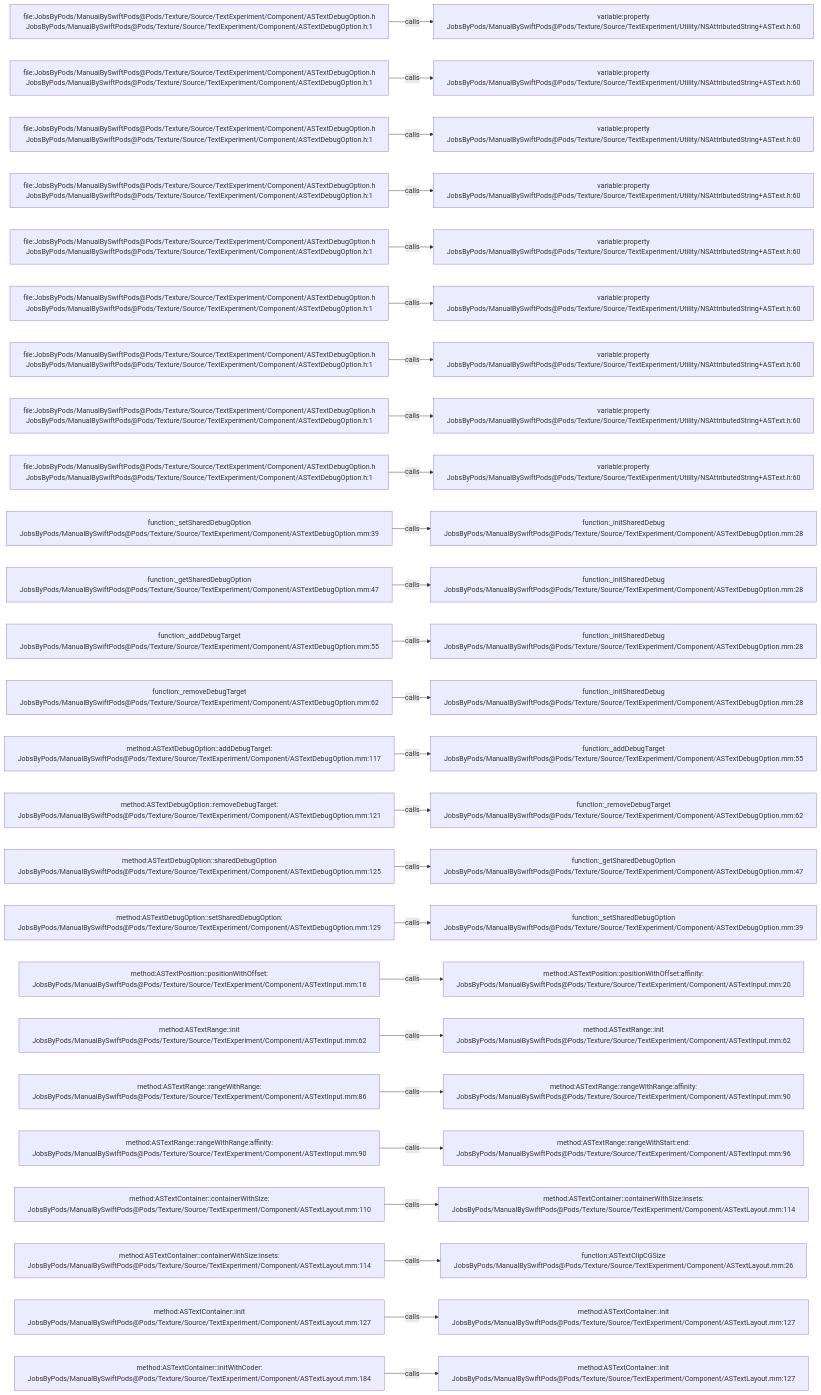
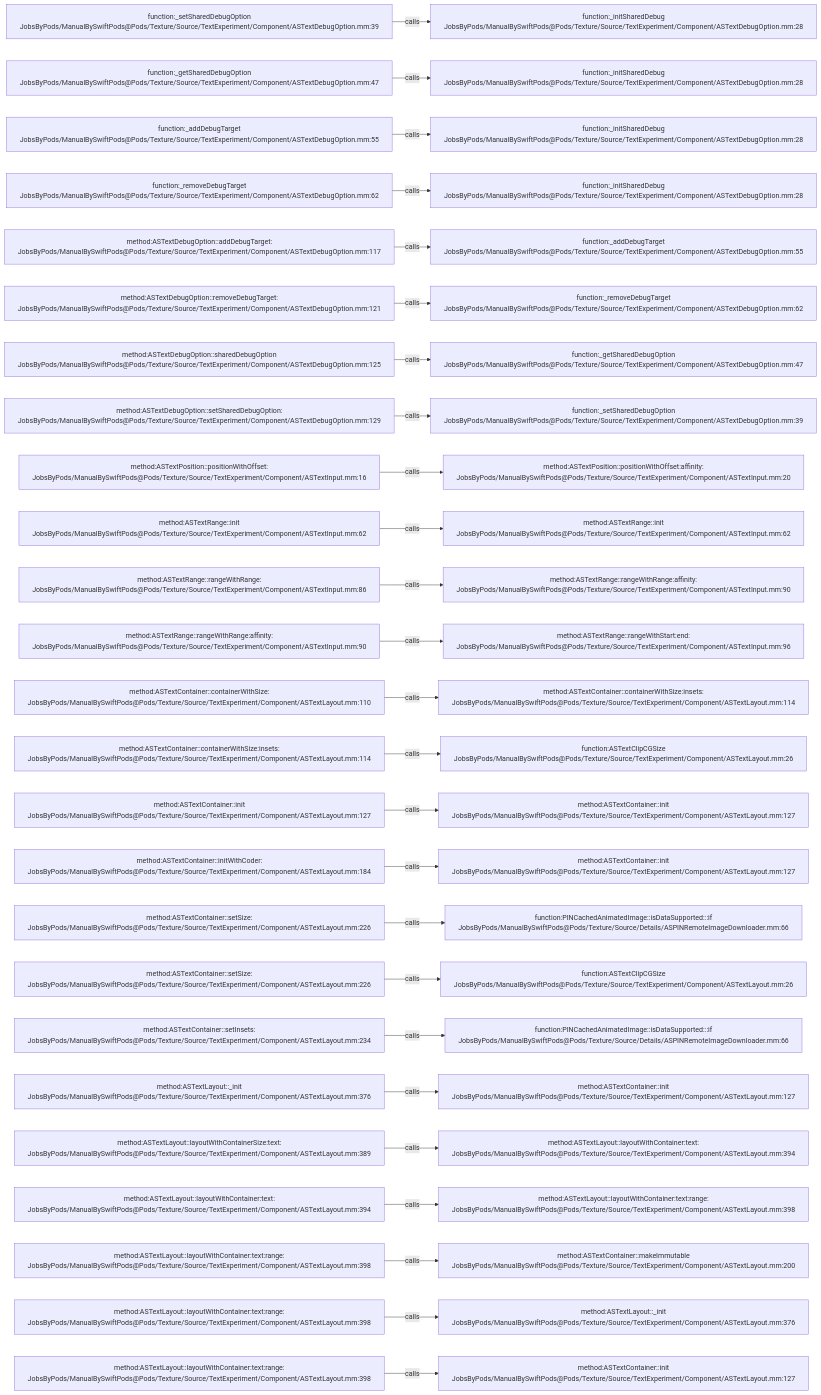
The diagram in .codegraph/codegraph.md/graphs/calls-131.md (JobsKits/JobsSwiftBaseConfigDemo), drawn with Mermaid before and after one commit. The commit also changed 707 other files, not shown here.

````diff
--- a/.codegraph/codegraph.md/graphs/calls-131.md
+++ b/.codegraph/codegraph.md/graphs/calls-131.md
@@ -13,78 +13,78 @@
 ```mermaid
 flowchart LR
-  S1["file:JobsByPods/ManualBySwiftPods@Pods/Texture/Source/TextExperiment/Component/ASTextDebugOption.h<br/>JobsByPods/ManualBySwiftPods@Pods/Texture/Source/TextExperiment/Component/ASTextDebugOption.h:1"]
-  T1["variable:property<br/>JobsByPods/ManualBySwiftPods@Pods/Texture/Source/TextExperiment/Utility/NSAttributedString+ASText.h:60"]
+  S1["function:_setSharedDebugOption<br/>JobsByPods/ManualBySwiftPods@Pods/Texture/Source/TextExperiment/Component/ASTextDebugOption.mm:39"]
+  T1["function:_initSharedDebug<br/>JobsByPods/ManualBySwiftPods@Pods/Texture/Source/TextExperiment/Component/ASTextDebugOption.mm:28"]
   S1 -->|calls| T1
-  S2["file:JobsByPods/ManualBySwiftPods@Pods/Texture/Source/TextExperiment/Component/ASTextDebugOption.h<br/>JobsByPods/ManualBySwiftPods@Pods/Texture/Source/TextExperiment/Component/ASTextDebugOption.h:1"]
-  T2["variable:property<br/>JobsByPods/ManualBySwiftPods@Pods/Texture/Source/TextExperiment/Utility/NSAttributedString+ASText.h:60"]
+  S2["function:_getSharedDebugOption<br/>JobsByPods/ManualBySwiftPods@Pods/Texture/Source/TextExperiment/Component/ASTextDebugOption.mm:47"]
+  T2["function:_initSharedDebug<br/>JobsByPods/ManualBySwiftPods@Pods/Texture/Source/TextExperiment/Component/ASTextDebugOption.mm:28"]
   S2 -->|calls| T2
-  S3["file:JobsByPods/ManualBySwiftPods@Pods/Texture/Source/TextExperiment/Component/ASTextDebugOption.h<br/>JobsByPods/ManualBySwiftPods@Pods/Texture/Source/TextExperiment/Component/ASTextDebugOption.h:1"]
-  T3["variable:property<br/>JobsByPods/ManualBySwiftPods@Pods/Texture/Source/TextExperiment/Utility/NSAttributedString+ASText.h:60"]
+  S3["function:_addDebugTarget<br/>JobsByPods/ManualBySwiftPods@Pods/Texture/Source/TextExperiment/Component/ASTextDebugOption.mm:55"]
+  T3["function:_initSharedDebug<br/>JobsByPods/ManualBySwiftPods@Pods/Texture/Source/TextExperiment/Component/ASTextDebugOption.mm:28"]
   S3 -->|calls| T3
-  S4["file:JobsByPods/ManualBySwiftPods@Pods/Texture/Source/TextExperiment/Component/ASTextDebugOption.h<br/>JobsByPods/ManualBySwiftPods@Pods/Texture/Source/TextExperiment/Component/ASTextDebugOption.h:1"]
-  T4["variable:property<br/>JobsByPods/ManualBySwiftPods@Pods/Texture/Source/TextExperiment/Utility/NSAttributedString+ASText.h:60"]
+  S4["function:_removeDebugTarget<br/>JobsByPods/ManualBySwiftPods@Pods/Texture/Source/TextExperiment/Component/ASTextDebugOption.mm:62"]
+  T4["function:_initSharedDebug<br/>JobsByPods/ManualBySwiftPods@Pods/Texture/Source/TextExperiment/Component/ASTextDebugOption.mm:28"]
   S4 -->|calls| T4
-  S5["file:JobsByPods/ManualBySwiftPods@Pods/Texture/Source/TextExperiment/Component/ASTextDebugOption.h<br/>JobsByPods/ManualBySwiftPods@Pods/Texture/Source/TextExperiment/Component/ASTextDebugOption.h:1"]
-  T5["variable:property<br/>JobsByPods/ManualBySwiftPods@Pods/Texture/Source/TextExperiment/Utility/NSAttributedString+ASText.h:60"]
+  S5["method:ASTextDebugOption::addDebugTarget:<br/>JobsByPods/ManualBySwiftPods@Pods/Texture/Source/TextExperiment/Component/ASTextDebugOption.mm:117"]
+  T5["function:_addDebugTarget<br/>JobsByPods/ManualBySwiftPods@Pods/Texture/Source/TextExperiment/Component/ASTextDebugOption.mm:55"]
   S5 -->|calls| T5
-  S6["file:JobsByPods/ManualBySwiftPods@Pods/Texture/Source/TextExperiment/Component/ASTextDebugOption.h<br/>JobsByPods/ManualBySwiftPods@Pods/Texture/Source/TextExperiment/Component/ASTextDebugOption.h:1"]
-  T6["variable:property<br/>JobsByPods/ManualBySwiftPods@Pods/Texture/Source/TextExperiment/Utility/NSAttributedString+ASText.h:60"]
+  S6["method:ASTextDebugOption::removeDebugTarget:<br/>JobsByPods/ManualBySwiftPods@Pods/Texture/Source/TextExperiment/Component/ASTextDebugOption.mm:121"]
+  T6["function:_removeDebugTarget<br/>JobsByPods/ManualBySwiftPods@Pods/Texture/Source/TextExperiment/Component/ASTextDebugOption.mm:62"]
   S6 -->|calls| T6
-  S7["file:JobsByPods/ManualBySwiftPods@Pods/Texture/Source/TextExperiment/Component/ASTextDebugOption.h<br/>JobsByPods/ManualBySwiftPods@Pods/Texture/Source/TextExperiment/Component/ASTextDebugOption.h:1"]
-  T7["variable:property<br/>JobsByPods/ManualBySwiftPods@Pods/Texture/Source/TextExperiment/Utility/NSAttributedString+ASText.h:60"]
+  S7["method:ASTextDebugOption::sharedDebugOption<br/>JobsByPods/ManualBySwiftPods@Pods/Texture/Source/TextExperiment/Component/ASTextDebugOption.mm:125"]
+  T7["function:_getSharedDebugOption<br/>JobsByPods/ManualBySwiftPods@Pods/Texture/Source/TextExperiment/Component/ASTextDebugOption.mm:47"]
   S7 -->|calls| T7
-  S8["file:JobsByPods/ManualBySwiftPods@Pods/Texture/Source/TextExperiment/Component/ASTextDebugOption.h<br/>JobsByPods/ManualBySwiftPods@Pods/Texture/Source/TextExperiment/Component/ASTextDebugOption.h:1"]
-  T8["variable:property<br/>JobsByPods/ManualBySwiftPods@Pods/Texture/Source/TextExperiment/Utility/NSAttributedString+ASText.h:60"]
+  S8["method:ASTextDebugOption::setSharedDebugOption:<br/>JobsByPods/ManualBySwiftPods@Pods/Texture/Source/TextExperiment/Component/ASTextDebugOption.mm:129"]
+  T8["function:_setSharedDebugOption<br/>JobsByPods/ManualBySwiftPods@Pods/Texture/Source/TextExperiment/Component/ASTextDebugOption.mm:39"]
   S8 -->|calls| T8
-  S9["file:JobsByPods/ManualBySwiftPods@Pods/Texture/Source/TextExperiment/Component/ASTextDebugOption.h<br/>JobsByPods/ManualBySwiftPods@Pods/Texture/Source/TextExperiment/Component/ASTextDebugOption.h:1"]
-  T9["variable:property<br/>JobsByPods/ManualBySwiftPods@Pods/Texture/Source/TextExperiment/Utility/NSAttributedString+ASText.h:60"]
+  S9["method:ASTextPosition::positionWithOffset:<br/>JobsByPods/ManualBySwiftPods@Pods/Texture/Source/TextExperiment/Component/ASTextInput.mm:16"]
+  T9["method:ASTextPosition::positionWithOffset:affinity:<br/>JobsByPods/ManualBySwiftPods@Pods/Texture/Source/TextExperiment/Component/ASTextInput.mm:20"]
   S9 -->|calls| T9
-  S10["function:_setSharedDebugOption<br/>JobsByPods/ManualBySwiftPods@Pods/Texture/Source/TextExperiment/Component/ASTextDebugOption.mm:39"]
-  T10["function:_initSharedDebug<br/>JobsByPods/ManualBySwiftPods@Pods/Texture/Source/TextExperiment/Component/ASTextDebugOption.mm:28"]
+  S10["method:ASTextRange::init<br/>JobsByPods/ManualBySwiftPods@Pods/Texture/Source/TextExperiment/Component/ASTextInput.mm:62"]
+  T10["method:ASTextRange::init<br/>JobsByPods/ManualBySwiftPods@Pods/Texture/Source/TextExperiment/Component/ASTextInput.mm:62"]
   S10 -->|calls| T10
-  S11["function:_getSharedDebugOption<br/>JobsByPods/ManualBySwiftPods@Pods/Texture/Source/TextExperiment/Component/ASTextDebugOption.mm:47"]
-  T11["function:_initSharedDebug<br/>JobsByPods/ManualBySwiftPods@Pods/Texture/Source/TextExperiment/Component/ASTextDebugOption.mm:28"]
+  S11["method:ASTextRange::rangeWithRange:<br/>JobsByPods/ManualBySwiftPods@Pods/Texture/Source/TextExperiment/Component/ASTextInput.mm:86"]
+  T11["method:ASTextRange::rangeWithRange:affinity:<br/>JobsByPods/ManualBySwiftPods@Pods/Texture/Source/TextExperiment/Component/ASTextInput.mm:90"]
   S11 -->|calls| T11
-  S12["function:_addDebugTarget<br/>JobsByPods/ManualBySwiftPods@Pods/Texture/Source/TextExperiment/Component/ASTextDebugOption.mm:55"]
-  T12["function:_initSharedDebug<br/>JobsByPods/ManualBySwiftPods@Pods/Texture/Source/TextExperiment/Component/ASTextDebugOption.mm:28"]
+  S12["method:ASTextRange::rangeWithRange:affinity:<br/>JobsByPods/ManualBySwiftPods@Pods/Texture/Source/TextExperiment/Component/ASTextInput.mm:90"]
+  T12["method:ASTextRange::rangeWithStart:end:<br/>JobsByPods/ManualBySwiftPods@Pods/Texture/Source/TextExperiment/Component/ASTextInput.mm:96"]
   S12 -->|calls| T12
-  S13["function:_removeDebugTarget<br/>JobsByPods/ManualBySwiftPods@Pods/Texture/Source/TextExperiment/Component/ASTextDebugOption.mm:62"]
-  T13["function:_initSharedDebug<br/>JobsByPods/ManualBySwiftPods@Pods/Texture/Source/TextExperiment/Component/ASTextDebugOption.mm:28"]
+  S13["method:ASTextContainer::containerWithSize:<br/>JobsByPods/ManualBySwiftPods@Pods/Texture/Source/TextExperiment/Component/ASTextLayout.mm:110"]
+  T13["method:ASTextContainer::containerWithSize:insets:<br/>JobsByPods/ManualBySwiftPods@Pods/Texture/Source/TextExperiment/Component/ASTextLayout.mm:114"]
   S13 -->|calls| T13
-  S14["method:ASTextDebugOption::addDebugTarget:<br/>JobsByPods/ManualBySwiftPods@Pods/Texture/Source/TextExperiment/Component/ASTextDebugOption.mm:117"]
-  T14["function:_addDebugTarget<br/>JobsByPods/ManualBySwiftPods@Pods/Texture/Source/TextExperiment/Component/ASTextDebugOption.mm:55"]
+  S14["method:ASTextContainer::containerWithSize:insets:<br/>JobsByPods/ManualBySwiftPods@Pods/Texture/Source/TextExperiment/Component/ASTextLayout.mm:114"]
+  T14["function:ASTextClipCGSize<br/>JobsByPods/ManualBySwiftPods@Pods/Texture/Source/TextExperiment/Component/ASTextLayout.mm:26"]
   S14 -->|calls| T14
-  S15["method:ASTextDebugOption::removeDebugTarget:<br/>JobsByPods/ManualBySwiftPods@Pods/Texture/Source/TextExperiment/Component/ASTextDebugOption.mm:121"]
-  T15["function:_removeDebugTarget<br/>JobsByPods/ManualBySwiftPods@Pods/Texture/Source/TextExperiment/Component/ASTextDebugOption.mm:62"]
+  S15["method:ASTextContainer::init<br/>JobsByPods/ManualBySwiftPods@Pods/Texture/Source/TextExperiment/Component/ASTextLayout.mm:127"]
+  T15["method:ASTextContainer::init<br/>JobsByPods/ManualBySwiftPods@Pods/Texture/Source/TextExperiment/Component/ASTextLayout.mm:127"]
   S15 -->|calls| T15
-  S16["method:ASTextDebugOption::sharedDebugOption<br/>JobsByPods/ManualBySwiftPods@Pods/Texture/Source/TextExperiment/Component/ASTextDebugOption.mm:125"]
-  T16["function:_getSharedDebugOption<br/>JobsByPods/ManualBySwiftPods@Pods/Texture/Source/TextExperiment/Component/ASTextDebugOption.mm:47"]
+  S16["method:ASTextContainer::initWithCoder:<br/>JobsByPods/ManualBySwiftPods@Pods/Texture/Source/TextExperiment/Component/ASTextLayout.mm:184"]
+  T16["method:ASTextContainer::init<br/>JobsByPods/ManualBySwiftPods@Pods/Texture/Source/TextExperiment/Component/ASTextLayout.mm:127"]
   S16 -->|calls| T16
-  S17["method:ASTextDebugOption::setSharedDebugOption:<br/>JobsByPods/ManualBySwiftPods@Pods/Texture/Source/TextExperiment/Component/ASTextDebugOption.mm:129"]
-  T17["function:_setSharedDebugOption<br/>JobsByPods/ManualBySwiftPods@Pods/Texture/Source/TextExperiment/Component/ASTextDebugOption.mm:39"]
+  S17["method:ASTextContainer::setSize:<br/>JobsByPods/ManualBySwiftPods@Pods/Texture/Source/TextExperiment/Component/ASTextLayout.mm:226"]
+  T17["function:PINCachedAnimatedImage::isDataSupported:::if<br/>JobsByPods/ManualBySwiftPods@Pods/Texture/Source/Details/ASPINRemoteImageDownloader.mm:66"]
   S17 -->|calls| T17
-  S18["method:ASTextPosition::positionWithOffset:<br/>JobsByPods/ManualBySwiftPods@Pods/Texture/Source/TextExperiment/Component/ASTextInput.mm:16"]
-  T18["method:ASTextPosition::positionWithOffset:affinity:<br/>JobsByPods/ManualBySwiftPods@Pods/Texture/Source/TextExperiment/Component/ASTextInput.mm:20"]
+  S18["method:ASTextContainer::setSize:<br/>JobsByPods/ManualBySwiftPods@Pods/Texture/Source/TextExperiment/Component/ASTextLayout.mm:226"]
+  T18["function:ASTextClipCGSize<br/>JobsByPods/ManualBySwiftPods@Pods/Texture/Source/TextExperiment/Component/ASTextLayout.mm:26"]
   S18 -->|calls| T18
-  S19["method:ASTextRange::init<br/>JobsByPods/ManualBySwiftPods@Pods/Texture/Source/TextExperiment/Component/ASTextInput.mm:62"]
-  T19["method:ASTextRange::init<br/>JobsByPods/ManualBySwiftPods@Pods/Texture/Source/TextExperiment/Component/ASTextInput.mm:62"]
+  S19["method:ASTextContainer::setInsets:<br/>JobsByPods/ManualBySwiftPods@Pods/Texture/Source/TextExperiment/Component/ASTextLayout.mm:234"]
+  T19["function:PINCachedAnimatedImage::isDataSupported:::if<br/>JobsByPods/ManualBySwiftPods@Pods/Texture/Source/Details/ASPINRemoteImageDownloader.mm:66"]
   S19 -->|calls| T19
-  S20["method:ASTextRange::rangeWithRange:<br/>JobsByPods/ManualBySwiftPods@Pods/Texture/Source/TextExperiment/Component/ASTextInput.mm:86"]
-  T20["method:ASTextRange::rangeWithRange:affinity:<br/>JobsByPods/ManualBySwiftPods@Pods/Texture/Source/TextExperiment/Component/ASTextInput.mm:90"]
+  S20["method:ASTextLayout::_init<br/>JobsByPods/ManualBySwiftPods@Pods/Texture/Source/TextExperiment/Component/ASTextLayout.mm:376"]
+  T20["method:ASTextContainer::init<br/>JobsByPods/ManualBySwiftPods@Pods/Texture/Source/TextExperiment/Component/ASTextLayout.mm:127"]
   S20 -->|calls| T20
-  S21["method:ASTextRange::rangeWithRange:affinity:<br/>JobsByPods/ManualBySwiftPods@Pods/Texture/Source/TextExperiment/Component/ASTextInput.mm:90"]
-  T21["method:ASTextRange::rangeWithStart:end:<br/>JobsByPods/ManualBySwiftPods@Pods/Texture/Source/TextExperiment/Component/ASTextInput.mm:96"]
+  S21["method:ASTextLayout::layoutWithContainerSize:text:<br/>JobsByPods/ManualBySwiftPods@Pods/Texture/Source/TextExperiment/Component/ASTextLayout.mm:389"]
+  T21["method:ASTextLayout::layoutWithContainer:text:<br/>JobsByPods/ManualBySwiftPods@Pods/Texture/Source/TextExperiment/Component/ASTextLayout.mm:394"]
   S21 -->|calls| T21
-  S22["method:ASTextContainer::containerWithSize:<br/>JobsByPods/ManualBySwiftPods@Pods/Texture/Source/TextExperiment/Component/ASTextLayout.mm:110"]
-  T22["method:ASTextContainer::containerWithSize:insets:<br/>JobsByPods/ManualBySwiftPods@Pods/Texture/Source/TextExperiment/Component/ASTextLayout.mm:114"]
+  S22["method:ASTextLayout::layoutWithContainer:text:<br/>JobsByPods/ManualBySwiftPods@Pods/Texture/Source/TextExperiment/Component/ASTextLayout.mm:394"]
+  T22["method:ASTextLayout::layoutWithContainer:text:range:<br/>JobsByPods/ManualBySwiftPods@Pods/Texture/Source/TextExperiment/Component/ASTextLayout.mm:398"]
   S22 -->|calls| T22
-  S23["method:ASTextContainer::containerWithSize:insets:<br/>JobsByPods/ManualBySwiftPods@Pods/Texture/Source/TextExperiment/Component/ASTextLayout.mm:114"]
-  T23["function:ASTextClipCGSize<br/>JobsByPods/ManualBySwiftPods@Pods/Texture/Source/TextExperiment/Component/ASTextLayout.mm:26"]
+  S23["method:ASTextLayout::layoutWithContainer:text:range:<br/>JobsByPods/ManualBySwiftPods@Pods/Texture/Source/TextExperiment/Component/ASTextLayout.mm:398"]
+  T23["method:ASTextContainer::makeImmutable<br/>JobsByPods/ManualBySwiftPods@Pods/Texture/Source/TextExperiment/Component/ASTextLayout.mm:200"]
   S23 -->|calls| T23
-  S24["method:ASTextContainer::init<br/>JobsByPods/ManualBySwiftPods@Pods/Texture/Source/TextExperiment/Component/ASTextLayout.mm:127"]
-  T24["method:ASTextContainer::init<br/>JobsByPods/ManualBySwiftPods@Pods/Texture/Source/TextExperiment/Component/ASTextLayout.mm:127"]
+  S24["method:ASTextLayout::layoutWithContainer:text:range:<br/>JobsByPods/ManualBySwiftPods@Pods/Texture/Source/TextExperiment/Component/ASTextLayout.mm:398"]
+  T24["method:ASTextLayout::_init<br/>JobsByPods/ManualBySwiftPods@Pods/Texture/Source/TextExperiment/Component/ASTextLayout.mm:376"]
   S24 -->|calls| T24
-  S25["method:ASTextContainer::initWithCoder:<br/>JobsByPods/ManualBySwiftPods@Pods/Texture/Source/TextExperiment/Component/ASTextLayout.mm:184"]
+  S25["method:ASTextLayout::layoutWithContainer:text:range:<br/>JobsByPods/ManualBySwiftPods@Pods/Texture/Source/TextExperiment/Component/ASTextLayout.mm:398"]
   T25["method:ASTextContainer::init<br/>JobsByPods/ManualBySwiftPods@Pods/Texture/Source/TextExperiment/Component/ASTextLayout.mm:127"]
   S25 -->|calls| T25
 ```
````
